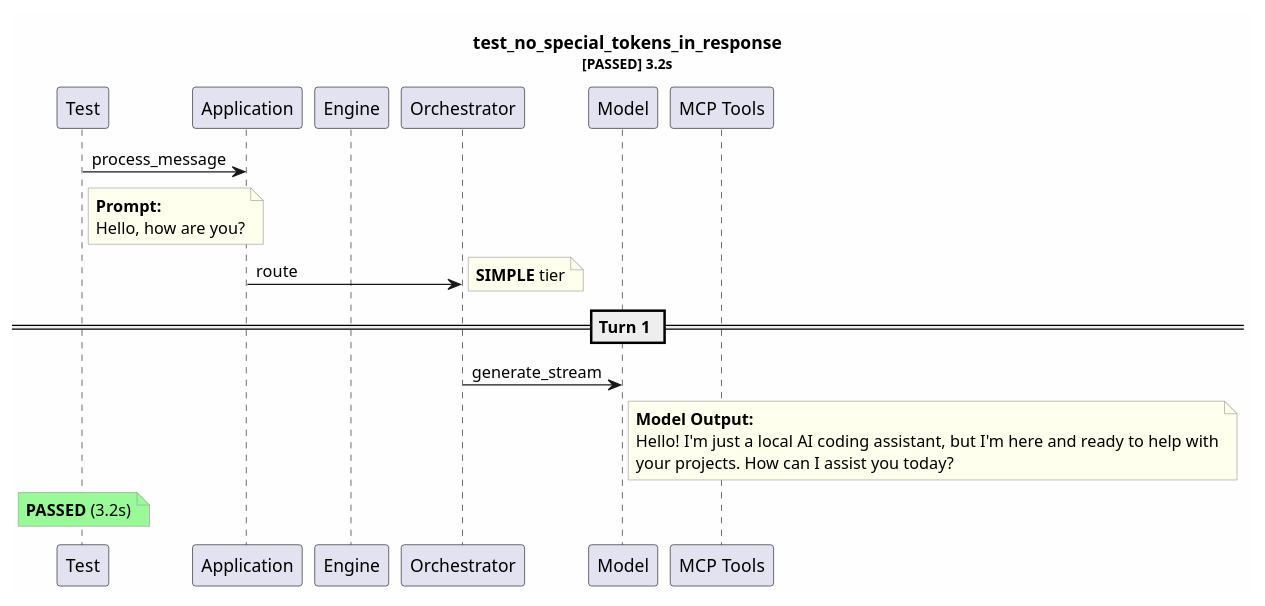
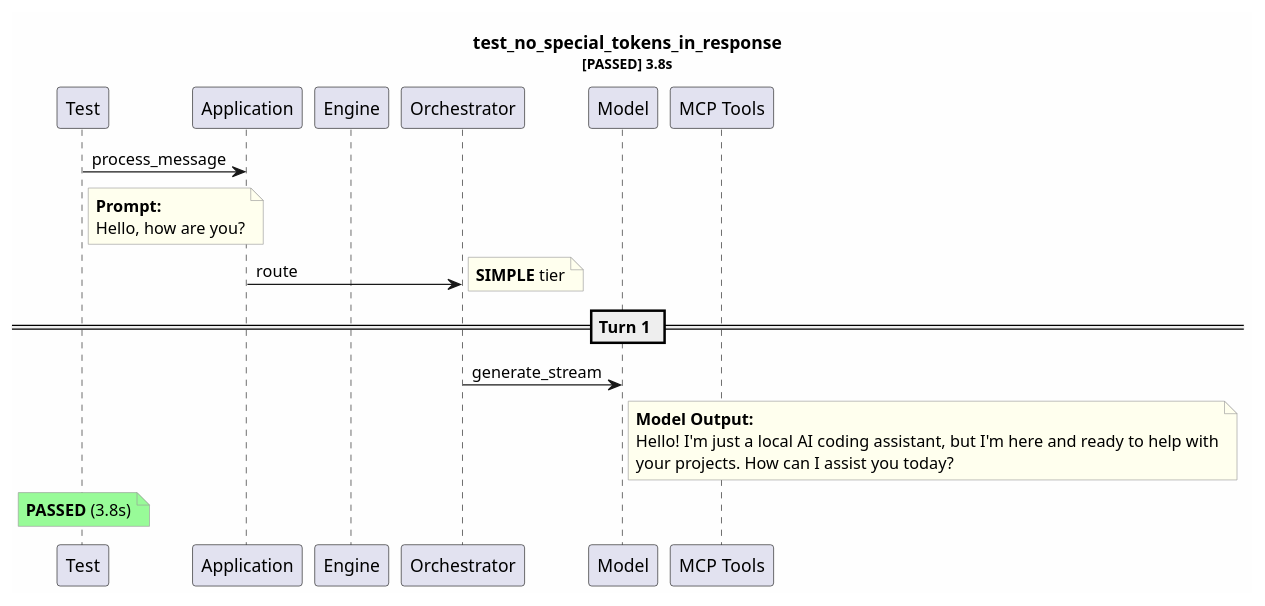
The diagram in test-reports/test_no_special_tokens_in_response.puml (tvanfossen/entropic), drawn with PlantUML before and after one commit. The commit also changed 50 other files, not shown here.

```diff
--- a/test-reports/test_no_special_tokens_in_response.puml
+++ b/test-reports/test_no_special_tokens_in_response.puml
@@ -1,32 +1,32 @@
 @startuml
 skinparam backgroundColor #FEFEFE
 skinparam noteBorderColor #999999
 skinparam noteBackgroundColor #FFFFEE
-title test_no_special_tokens_in_response\n<size:11>[PASSED] 3.2s</size>
+title test_no_special_tokens_in_response\n<size:11>[PASSED] 3.8s</size>
 
 participant "Test" as T
 participant "Application" as App
 participant "Engine" as Eng
 participant "Orchestrator" as Orch
 participant "Model" as Mdl
 participant "MCP Tools" as MCP
 
 T -> App: process_message
 note right of T
   **Prompt:**
   Hello, how are you?
 end note
 App -> Orch: route
 note right: **SIMPLE** tier
 == Turn 1 ==
 Orch -> Mdl: generate_stream
 note right of Mdl
   **Model Output:**
   Hello! I'm just a local AI coding assistant, but I'm here and ready to help with
   your projects. How can I assist you today?
 end note
 note over T #palegreen
-  **PASSED** (3.2s)
+  **PASSED** (3.8s)
 end note
 
 @enduml
```
